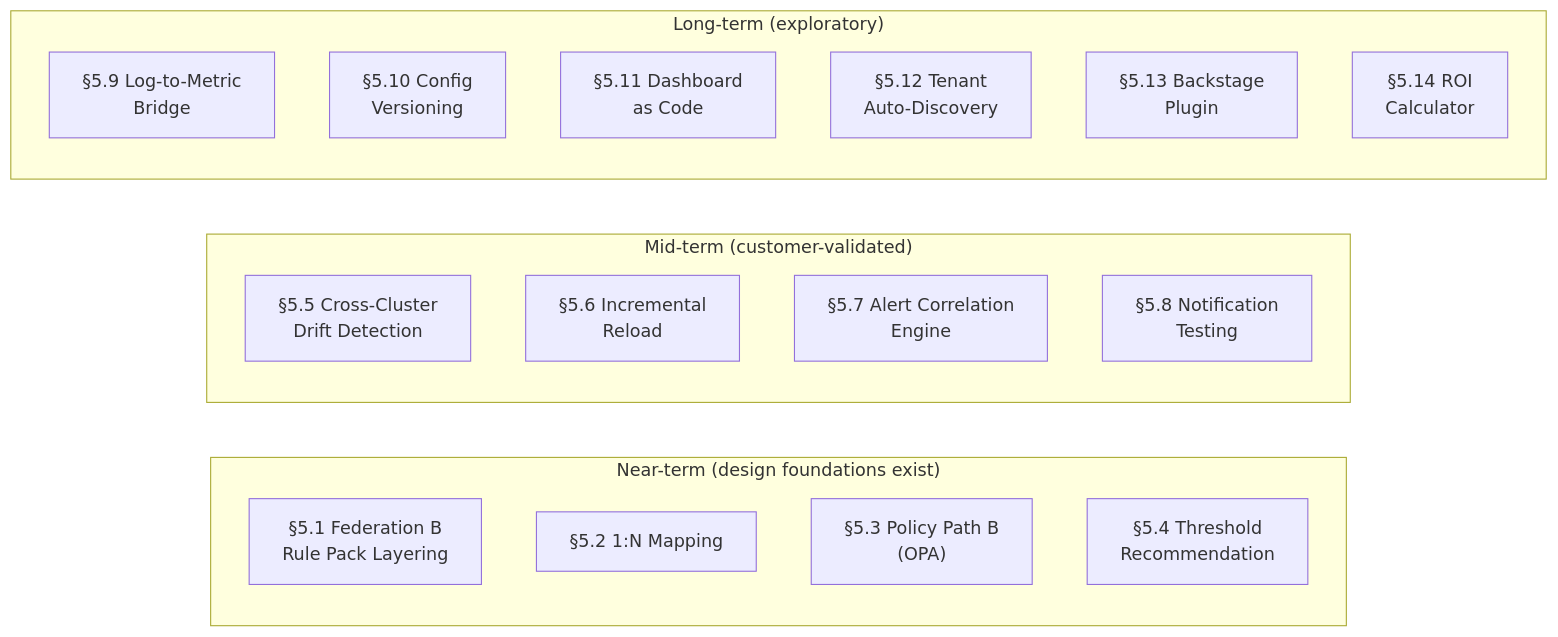
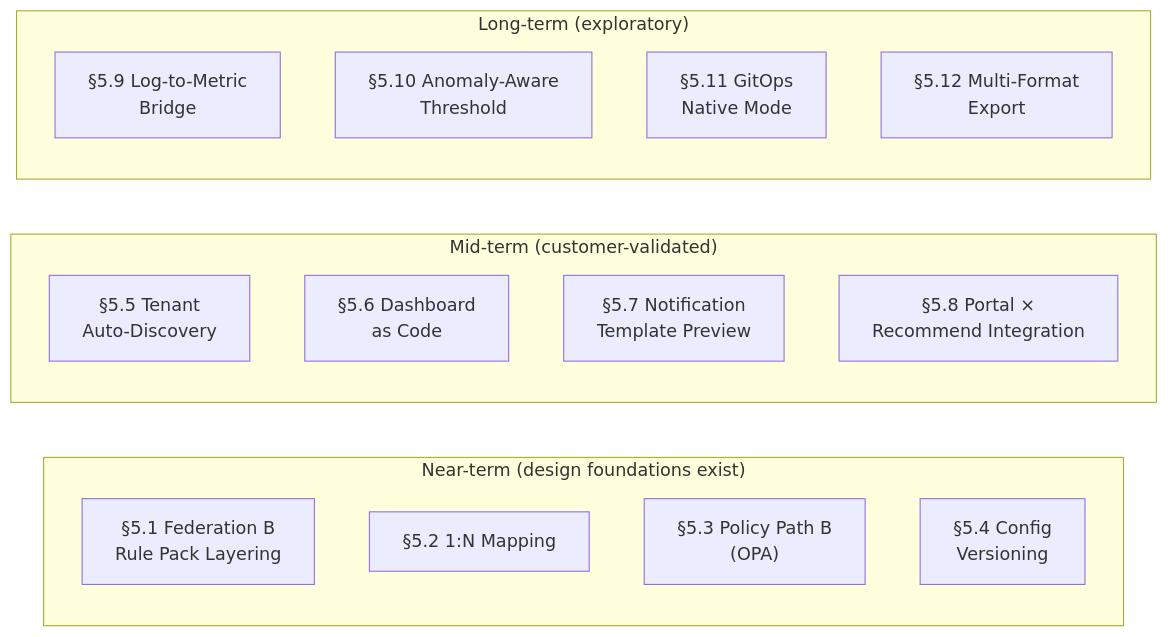
One commit to vencil/Dynamic-Alerting-Integrations changed the sixth of 6 diagrams in docs/architecture-and-design.en.md. Above: the diagram before and after it, drawn with Mermaid. The commit also changed other lines of this file and 270 other files, not shown here.

Commit message:
feat: v2.1.0 — Cross-Domain Routing Profiles, ADR-006/007, code quality & perf

````diff
--- a/docs/architecture-and-design.en.md
+++ b/docs/architecture-and-design.en.md
@@ -879,23 +924,21 @@
 ```mermaid
 graph LR
     subgraph Near["Near-term (design foundations exist)"]
         FB["§5.1 Federation B<br/>Rule Pack Layering"]
         NM["§5.2 1:N Mapping"]
         PB["§5.3 Policy Path B<br/>(OPA)"]
-        TR["§5.4 Threshold<br/>Recommendation"]
+        CV["§5.4 Config<br/>Versioning"]
     end
     subgraph Mid["Mid-term (customer-validated)"]
-        CD["§5.5 Cross-Cluster<br/>Drift Detection"]
-        IR["§5.6 Incremental<br/>Reload"]
-        AC["§5.7 Alert Correlation<br/>Engine"]
-        NT["§5.8 Notification<br/>Testing"]
+        AD["§5.5 Tenant<br/>Auto-Discovery"]
+        GD["§5.6 Dashboard<br/>as Code"]
+        TP["§5.7 Notification<br/>Template Preview"]
+        PR["§5.8 Portal ×<br/>Recommend Integration"]
     end
     subgraph Far["Long-term (exploratory)"]
         LM["§5.9 Log-to-Metric<br/>Bridge"]
-        CV["§5.10 Config<br/>Versioning"]
-        GD["§5.11 Dashboard<br/>as Code"]
-        AD["§5.12 Tenant<br/>Auto-Discovery"]
-        BS["§5.13 Backstage<br/>Plugin"]
-        RC["§5.14 ROI<br/>Calculator"]
+        AM["§5.10 Anomaly-Aware<br/>Threshold"]
+        GT["§5.11 GitOps<br/>Native Mode"]
+        MF["§5.12 Multi-Format<br/>Export"]
     end
 ```
````
